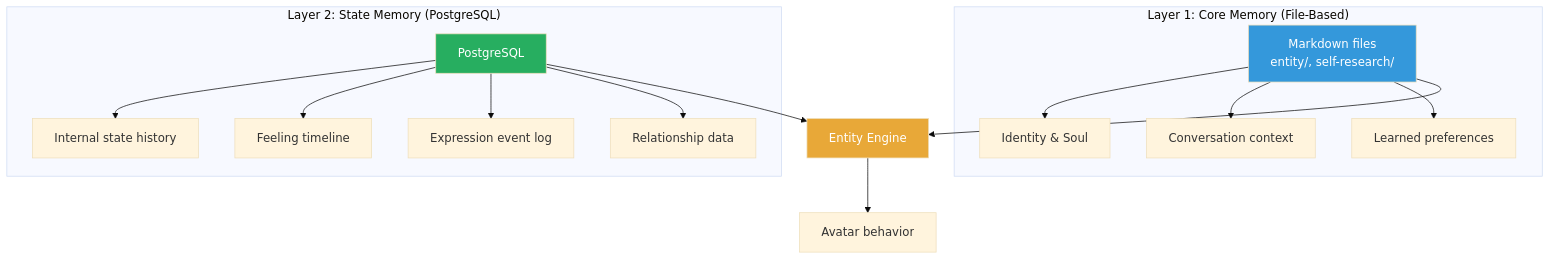
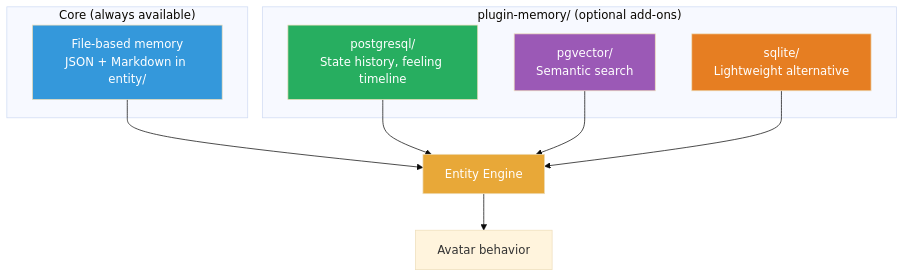
One commit to syahiidkamil/vibe-ai-partner-entity changed the first of 4 diagrams in docs/architecture/08-memory-system.md. Above: the diagram before and after it, drawn with Mermaid (base theme). The commit also changed other lines of this file and 2 other files, not shown here.

First line of the commit message:
docs: make memory system pluggable — file core + optional backends

````diff
--- a/docs/architecture/08-memory-system.md
+++ b/docs/architecture/08-memory-system.md
@@ -9,25 +9,24 @@
 ```mermaid
 graph TD
-    subgraph "Layer 1: Core Memory (File-Based)"
-        FM["Markdown files<br/>entity/, self-research/"]
-        FM --> ID["Identity & Soul"]
-        FM --> CONV["Conversation context"]
-        FM --> LEARN["Learned preferences"]
+    subgraph "Core (always available)"
+        FM["File-based memory<br/>JSON + Markdown in entity/"]
     end
 
-    subgraph "Layer 2: State Memory (PostgreSQL)"
-        DB["PostgreSQL"]
-        DB --> IS["Internal state history"]
-        DB --> FH["Feeling timeline"]
-        DB --> EH["Expression event log"]
-        DB --> REL["Relationship data"]
+    subgraph "plugin-memory/ (optional add-ons)"
+        PG["postgresql/<br/>State history, feeling timeline"]
+        PGV["pgvector/<br/>Semantic search"]
+        SQL["sqlite/<br/>Lightweight alternative"]
     end
 
     FM --> ENGINE["Entity Engine"]
-    DB --> ENGINE
+    PG --> ENGINE
+    PGV --> ENGINE
+    SQL --> ENGINE
     ENGINE --> AVATAR["Avatar behavior"]
 
     style FM fill:#3498db,color:#fff
-    style DB fill:#27ae60,color:#fff
+    style PG fill:#27ae60,color:#fff
+    style PGV fill:#9b59b6,color:#fff
+    style SQL fill:#e67e22,color:#fff
     style ENGINE fill:#e8a838,color:#fff
 ```
````
